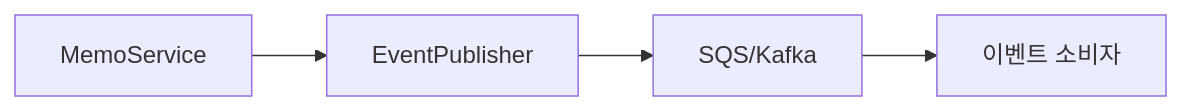
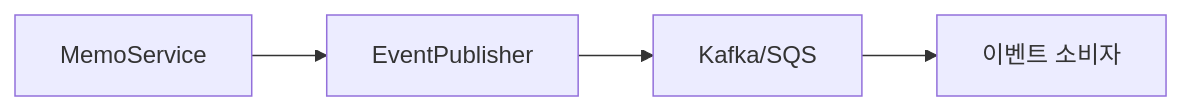
The fourth of 5 diagrams in docs/architecture.md (Sogang-Computer-Club/sogangcomputerclub.org), drawn with Mermaid before and after one commit. The commit also changed other lines of this file and 26 other files, not shown here.

````diff
--- a/docs/architecture.md
+++ b/docs/architecture.md
@@ -179,6 +175,6 @@
 ```mermaid
 flowchart LR
     Service[MemoService] --> Publisher[EventPublisher]
-    Publisher --> Queue[SQS/Kafka]
+    Publisher --> Queue[Kafka/SQS]
     Queue --> Consumer[이벤트 소비자]
 ```
````
